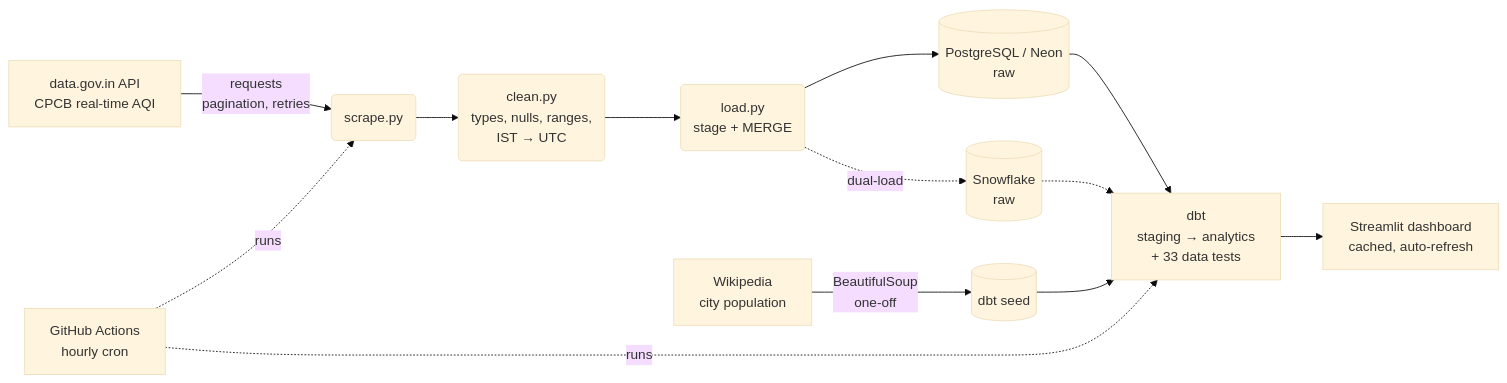
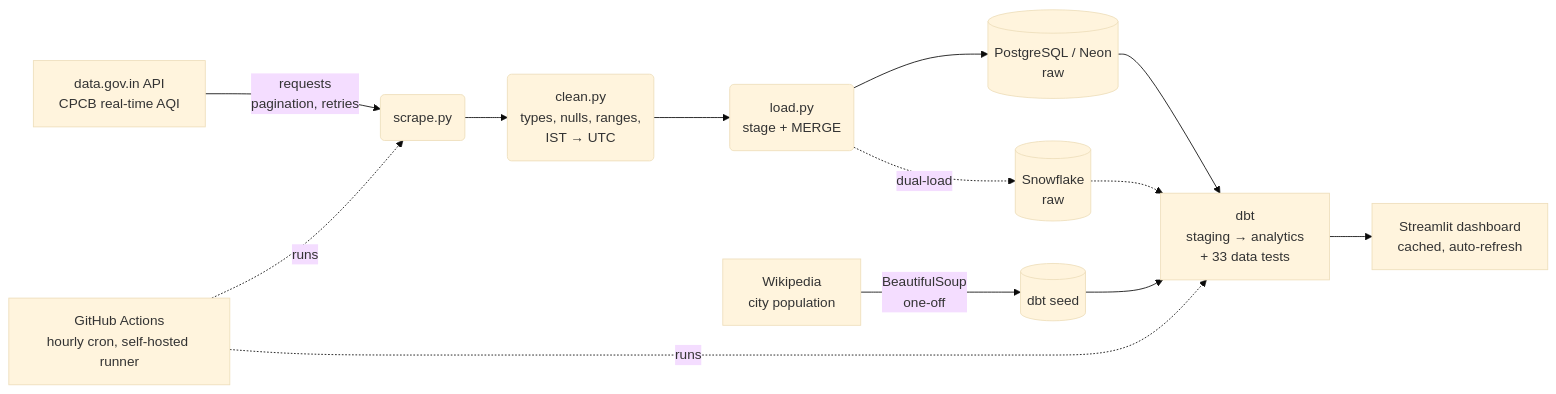
One commit to Himanshu552003/aqi-pipeline changed the diagram in README.md. Above: the diagram before and after it, drawn with Mermaid (base theme). The commit also changed other lines of this file and 1 other file, not shown here.

Commit message:
ci: run hourly pipeline on a self-hosted Windows runner (API blocks GitHub cloud runners)

````diff
--- a/README.md
+++ b/README.md
@@ -24,15 +24,15 @@
 ```mermaid
 flowchart LR
     A[data.gov.in API<br/>CPCB real-time AQI] -->|requests<br/>pagination, retries| B(scrape.py)
     W[Wikipedia<br/>city population] -->|BeautifulSoup<br/>one-off| S[(dbt seed)]
     B --> C(clean.py<br/>types, nulls, ranges,<br/>IST → UTC)
     C --> D(load.py<br/>stage + MERGE)
     D --> PG[(PostgreSQL / Neon<br/>raw)]
     D -. dual-load .-> SF[(Snowflake<br/>raw)]
     PG --> DBT[dbt<br/>staging → analytics<br/>+ 33 data tests]
     SF -.-> DBT
     S --> DBT
     DBT --> APP[Streamlit dashboard<br/>cached, auto-refresh]
-    GH[GitHub Actions<br/>hourly cron] -. runs .-> B
+    GH[GitHub Actions<br/>hourly cron, self-hosted runner] -. runs .-> B
     GH -. runs .-> DBT
 ```
````
